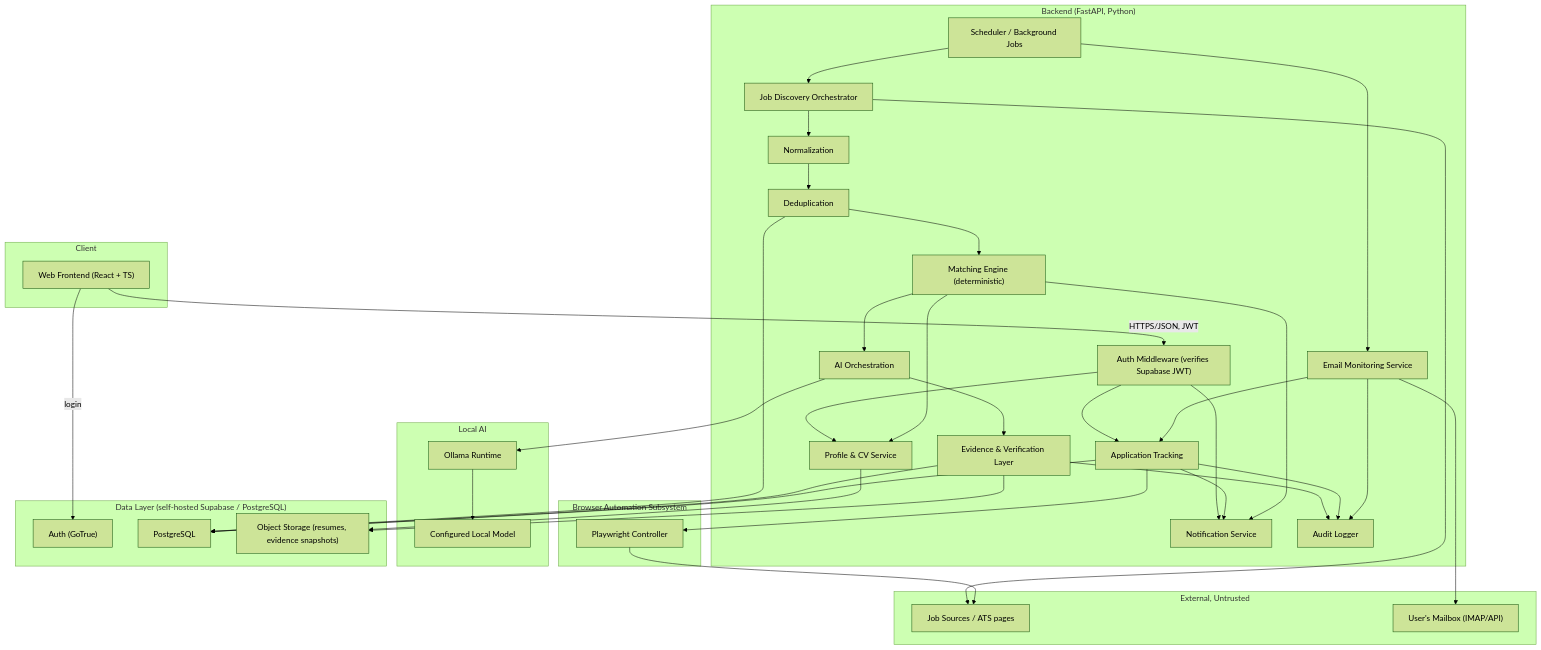
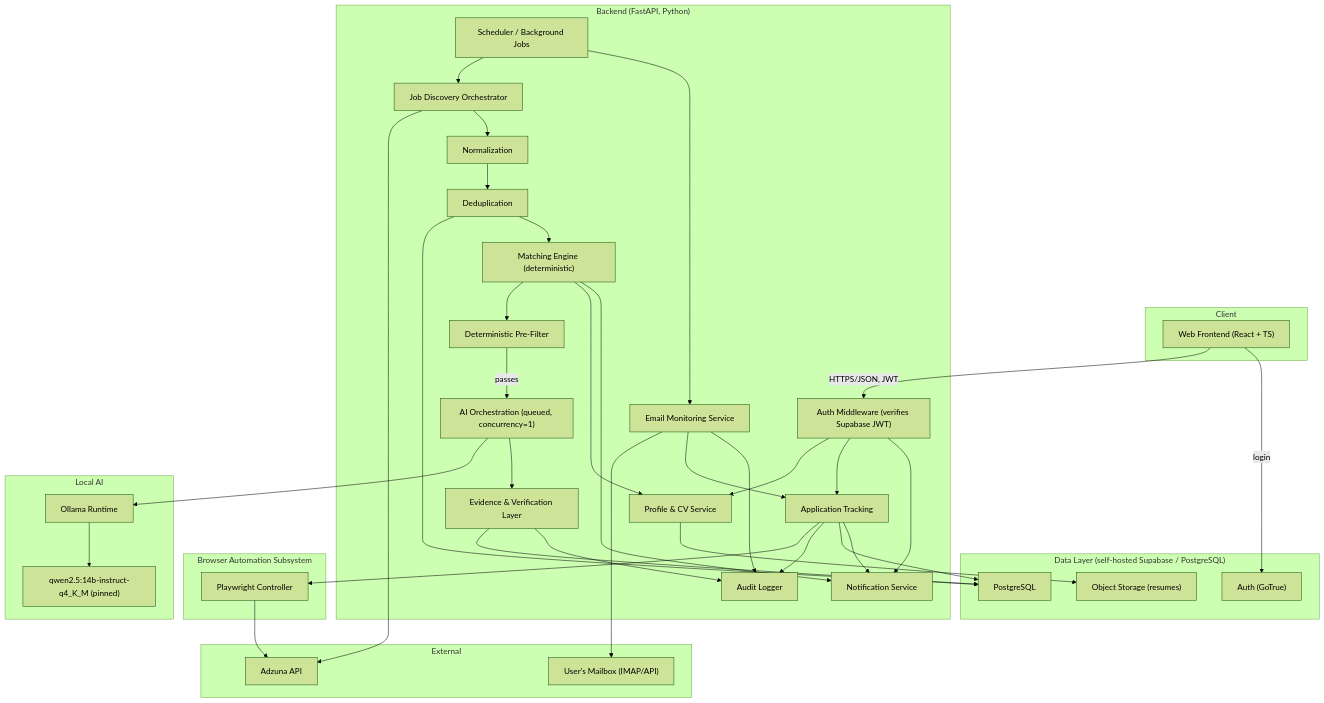
The first of 3 diagrams in docs/01-architecture-overview.md (wassimrahoui/adhd-job-agent), drawn with Mermaid (forest theme) before and after one commit. The commit also changed other lines of this file and 4 other files, not shown here.

Commit message:
Align README, architecture overview, UX, API, security, testing, deployment, MVP, and risks docs with the v2 refinement

````diff
--- a/docs/01-architecture-overview.md
+++ b/docs/01-architecture-overview.md
@@ -31,75 +31,75 @@
 ```mermaid
 flowchart TB
     subgraph Client
         UI["Web Frontend (React + TS)"]
     end
 
     subgraph Backend["Backend (FastAPI, Python)"]
         AUTHMW["Auth Middleware (verifies Supabase JWT)"]
         PROFILE["Profile & CV Service"]
         DISCOVERY["Job Discovery Orchestrator"]
         NORM["Normalization"]
         DEDUP["Deduplication"]
+        PREFILTER["Deterministic Pre-Filter"]
         MATCH["Matching Engine (deterministic)"]
-        AIORCH["AI Orchestration"]
+        AIORCH["AI Orchestration (queued, concurrency=1)"]
         EVID["Evidence & Verification Layer"]
         APPTRACK["Application Tracking"]
         EMAILSVC["Email Monitoring Service"]
         NOTIF["Notification Service"]
         AUDIT["Audit Logger"]
         SCHED["Scheduler / Background Jobs"]
     end
 
     subgraph Automation["Browser Automation Subsystem"]
         PW["Playwright Controller"]
     end
 
     subgraph AI["Local AI"]
         OLLAMA["Ollama Runtime"]
-        MODEL["Configured Local Model"]
+        MODEL["qwen2.5:14b-instruct-q4_K_M (pinned)"]
     end
 
     subgraph Data["Data Layer (self-hosted Supabase / PostgreSQL)"]
         AUTHDB["Auth (GoTrue)"]
         PG["PostgreSQL"]
-        STORAGE["Object Storage (resumes, evidence snapshots)"]
+        STORAGE["Object Storage (resumes)"]
     end
 
-    subgraph External["External, Untrusted"]
-        SOURCES["Job Sources / ATS pages"]
+    subgraph External["External"]
+        ADZUNA["Adzuna API"]
         MAILBOX["User's Mailbox (IMAP/API)"]
     end
 
     UI -->|HTTPS/JSON, JWT| AUTHMW
     UI -->|login| AUTHDB
     AUTHMW --> PROFILE
     AUTHMW --> APPTRACK
     AUTHMW --> NOTIF
 
     SCHED --> DISCOVERY
-    DISCOVERY --> SOURCES
+    DISCOVERY --> ADZUNA
     DISCOVERY --> NORM --> DEDUP --> PG
-    DEDUP --> MATCH
+    DEDUP --> MATCH --> PREFILTER
     MATCH --> PROFILE
-    MATCH --> AIORCH
+    PREFILTER -->|passes| AIORCH
     AIORCH --> OLLAMA --> MODEL
     AIORCH --> EVID
     EVID --> PG
     EVID --> AUDIT
 
     APPTRACK --> PW
-    PW --> SOURCES
+    PW --> ADZUNA
     APPTRACK --> AUDIT
     APPTRACK --> PG
 
     SCHED --> EMAILSVC
     EMAILSVC --> MAILBOX
     EMAILSVC --> APPTRACK
     EMAILSVC --> AUDIT
 
     PROFILE --> STORAGE
-    EVID --> STORAGE
 
     APPTRACK --> NOTIF
     MATCH --> NOTIF
 ```
````
